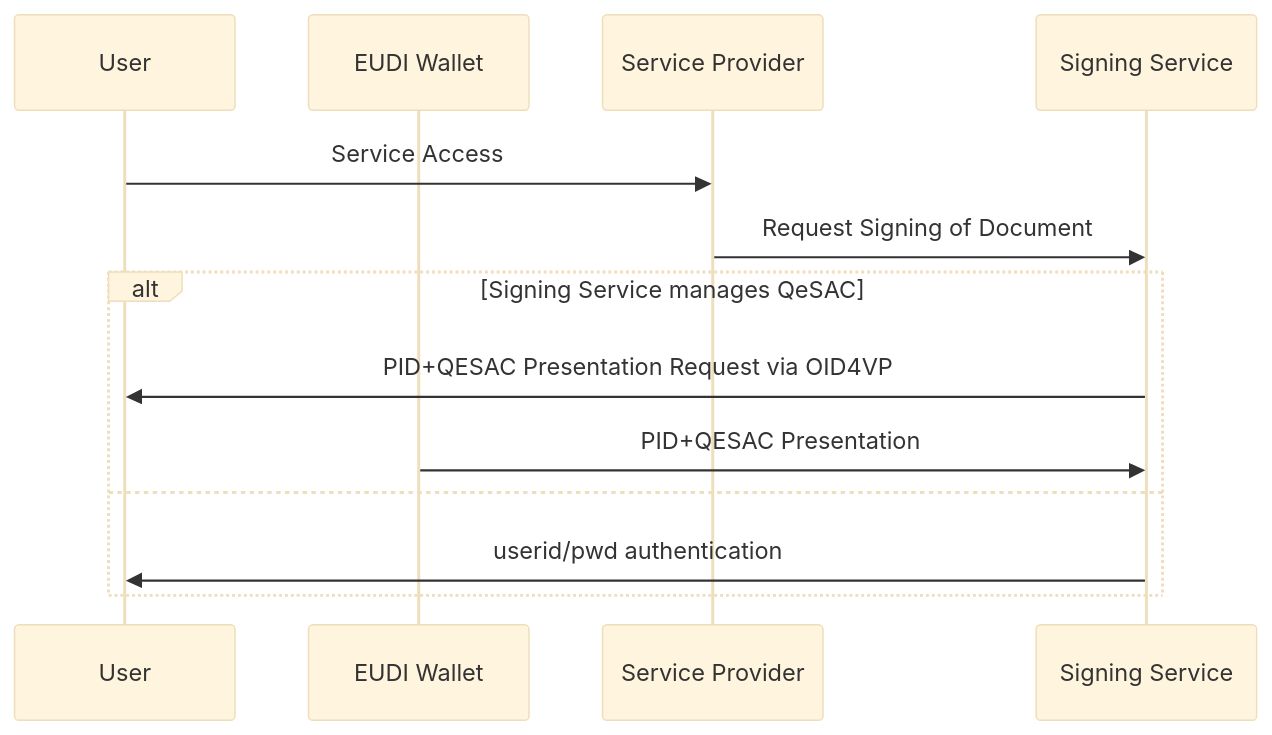
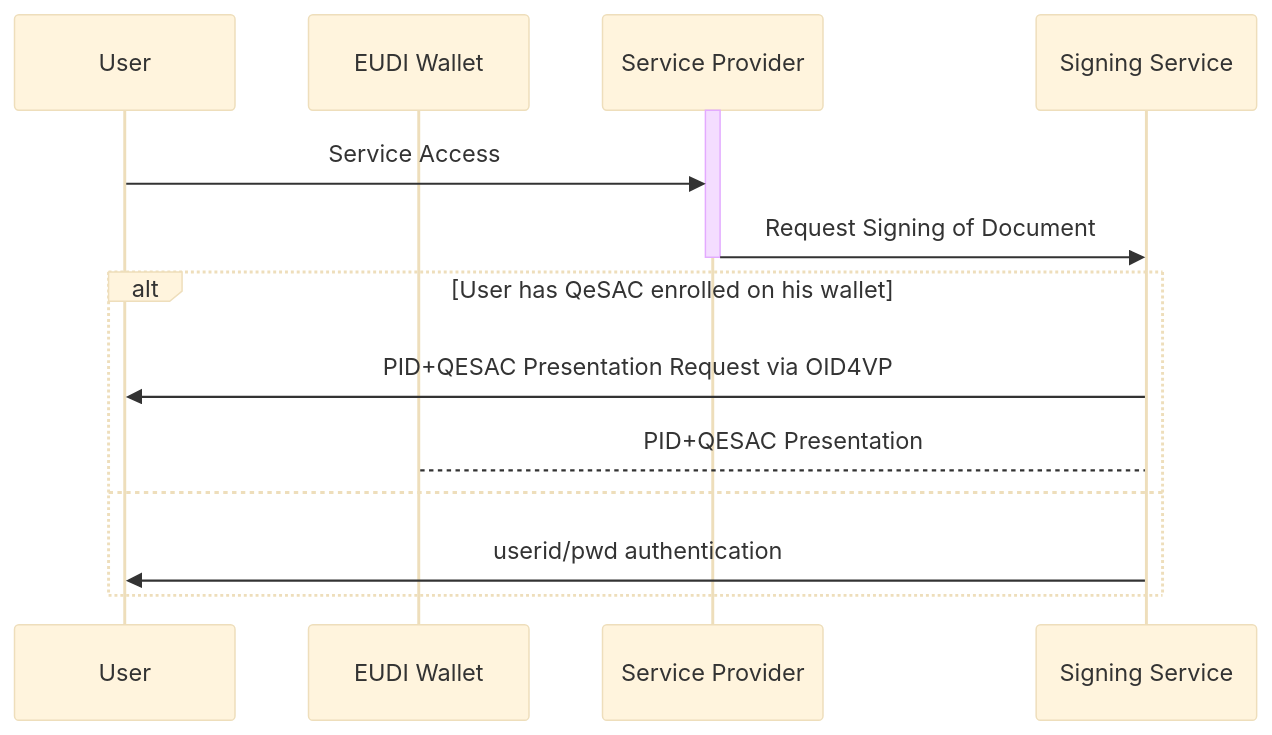
Before and after one commit to EWC-consortium/eudi-wallet-rfcs: the third of 7 diagrams in ewc-rfc010-long-term-certifice-qes-creation.md, drawn with Mermaid (base theme). The commit also changed other lines of this file, not shown here.

````diff
--- a/ewc-rfc010-long-term-certifice-qes-creation.md
+++ b/ewc-rfc010-long-term-certifice-qes-creation.md
@@ -238,16 +247,20 @@
 ```mermaid
    sequenceDiagram
   participant User
   participant EUDI Wallet
   participant Service Provider
   participant Signing Service
 
+    activate Service Provider
     User->>Service Provider: Service Access
     Service Provider->>Signing Service: Request Signing of Document
-    alt Signing Service manages QeSAC
+    deactivate Service Provider
+    
+    alt User has QeSAC enrolled on his wallet
       Signing Service->>User: PID+QESAC Presentation Request via OID4VP
-      EUDI Wallet->>Signing Service: PID+QESAC Presentation
+      EUDI Wallet-->Signing Service: PID+QESAC Presentation
     else  
       Signing Service->>User: userid/pwd authentication
     end
+
 ```
````
